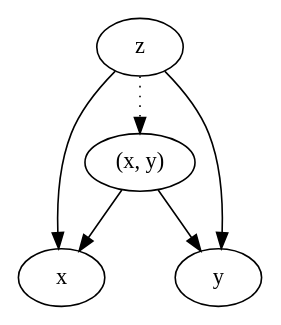
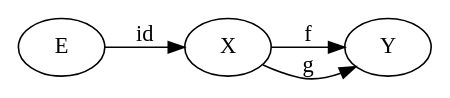
Before and after one commit to yugeta/cympfh.github.io: the diagram in study/category/img/20.dot, drawn with Graphviz. The commit also changed 44 other files, not shown here.

```diff
--- a/study/category/img/20.dot
+++ b/study/category/img/20.dot
@@ -1,8 +1,6 @@
 digraph {
-  P -> x;
-  P -> y;
-  P [label = "(x, y)"];
-  z -> x;
-  z -> y;
-  z -> P [style="dotted"];
+  E -> X [label="id"];
+  X -> Y [label="f"];
+  X -> Y [label="g"];
+  rankdir="LR";
 }
```
